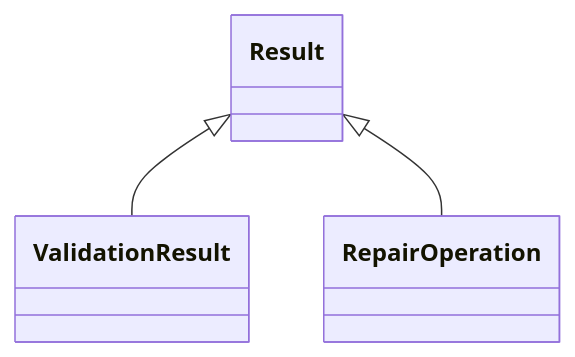
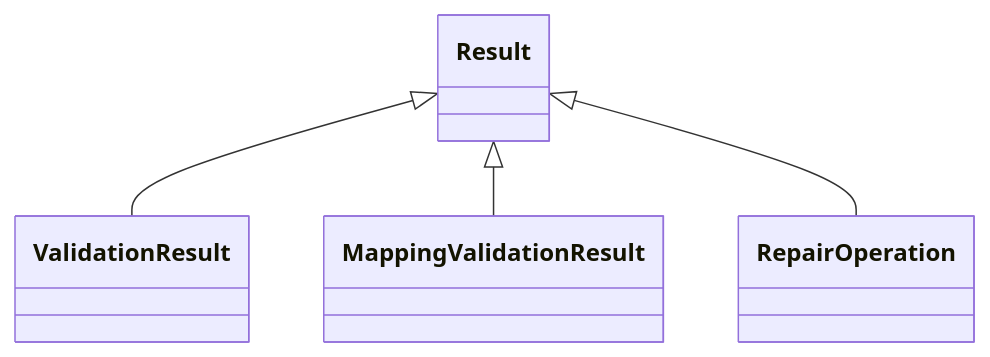
Before and after one commit to INCATools/ontology-access-kit: the diagram in validation/Result.md, drawn with Mermaid. The commit also changed other lines of this file and 389 other files, not shown here.

````diff
--- a/validation/Result.md
+++ b/validation/Result.md
@@ -17,8 +17,9 @@
 ```{mermaid}
  classDiagram
     class Result
       Result <|-- ValidationResult
+      Result <|-- MappingValidationResult
       Result <|-- RepairOperation
       
       
 ```
````
